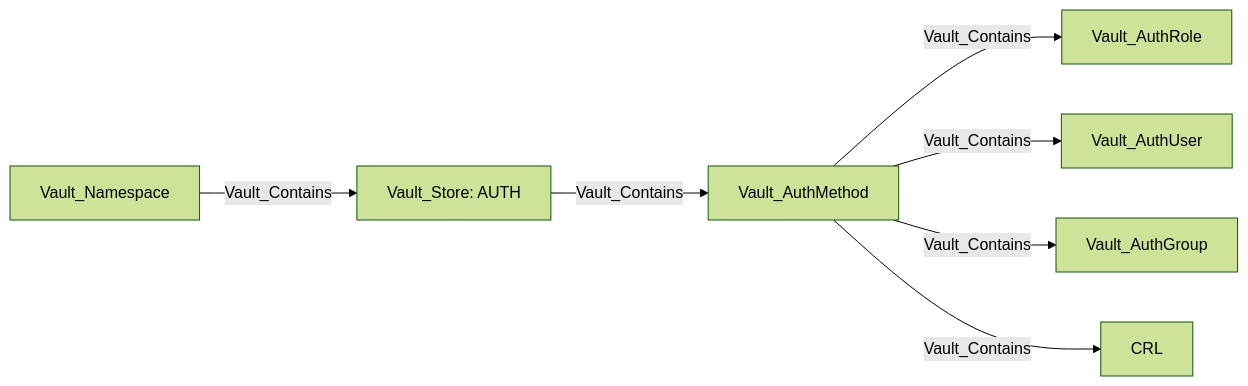
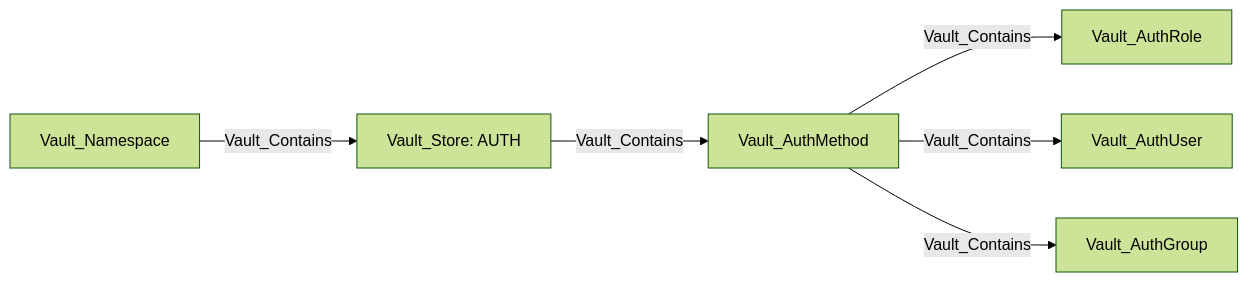
Before and after one commit to bytewreck/opengraph-vault: the first of 39 diagrams in Documentation/stores/AUTH.md, drawn with Mermaid (forest theme). The commit also changed other lines of this file, not shown here.

````diff
--- a/Documentation/stores/AUTH.md
+++ b/Documentation/stores/AUTH.md
@@ -9,9 +9,8 @@
 ```mermaid
 flowchart LR
     namespace[Vault_Namespace] -->|Vault_Contains| store[Vault_Store: AUTH]
     store -->|Vault_Contains| method[Vault_AuthMethod]
     method -->|Vault_Contains| A[Vault_AuthRole]
     method -->|Vault_Contains| B[Vault_AuthUser]
     method -->|Vault_Contains| C[Vault_AuthGroup]
-    method -->|Vault_Contains| D[CRL]
 ```
````
